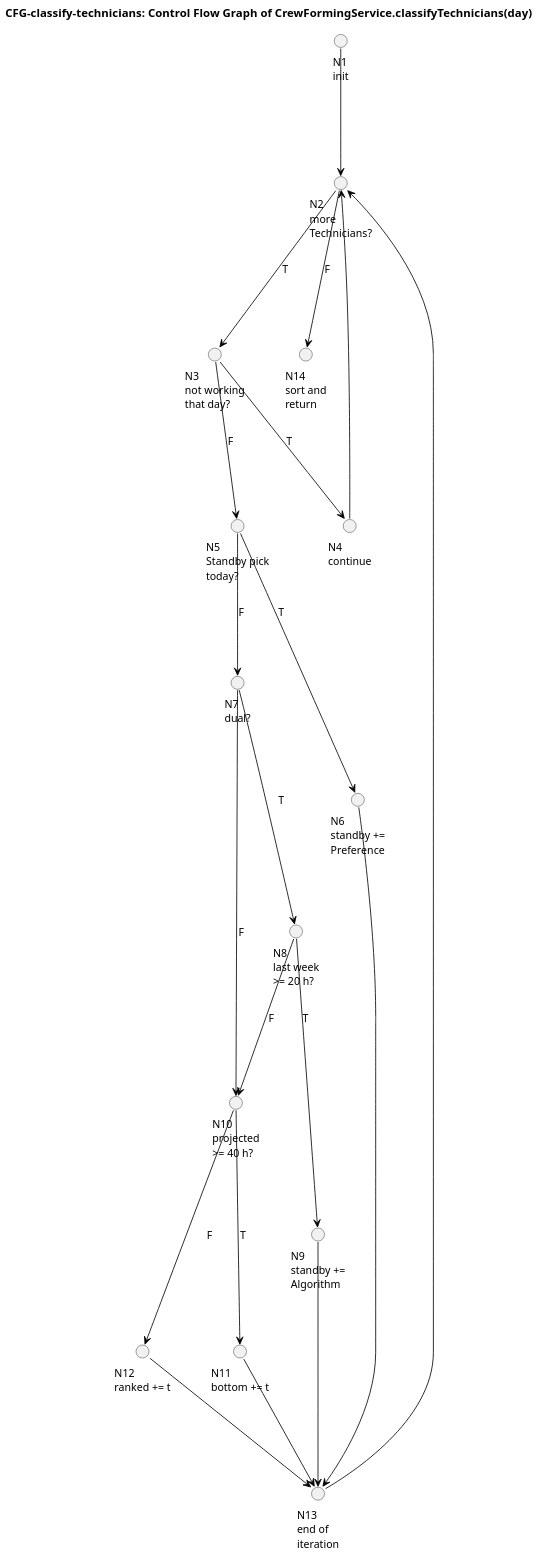
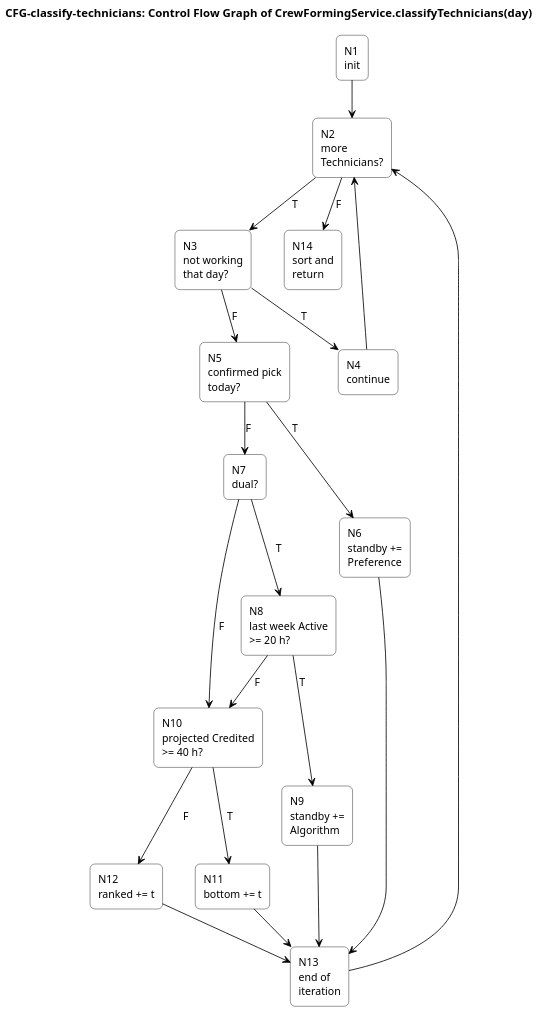
The diagram in diagrams/CFG-classify-technicians.puml (ZadeNova/inf2001-SE), drawn with PlantUML before and after one commit. The commit also changed 31 other files, not shown here.

```diff
--- a/diagrams/CFG-classify-technicians.puml
+++ b/diagrams/CFG-classify-technicians.puml
@@ -1,49 +1,52 @@
 @startuml CFG-classify-technicians
 skinparam backgroundColor white
 skinparam shadowing false
 skinparam defaultFontName Arial
 skinparam defaultFontSize 13
 skinparam dpi 150
 skinparam ArrowColor black
-skinparam circleBackgroundColor white
-skinparam circleBorderColor black
+skinparam rectangleBackgroundColor white
+skinparam rectangleBorderColor black
 title CFG-classify-technicians: Control Flow Graph of CrewFormingService.classifyTechnicians(day)
-' Traces: FR-55 steps 1-4; DEC-80; DEC-86; DEC-94. Pseudocode and basis paths: m2/testing.md §2.
+' Traces: FR-55 steps 1-4; DEC-80; DEC-86; DEC-94, DEC-96, DEC-98. Pseudocode and basis paths: m2/testing.md §2.
 ' 14 nodes, 19 edges, 6 predicate nodes (N2, N3, N5, N7, N8, N10). V(G) = 19 - 14 + 2 = 7.
 top to bottom direction
+skinparam roundcorner 12
+skinparam nodesep 40
+skinparam ranksep 45
 
-circle "N1\ninit" as N1
-circle "N2\nmore\nTechnicians?" as N2
-circle "N3\nnot working\nthat day?" as N3
-circle "N4\ncontinue" as N4
-circle "N5\nStandby pick\ntoday?" as N5
-circle "N6\nstandby +=\nPreference" as N6
-circle "N7\ndual?" as N7
-circle "N8\nlast week\n>= 20 h?" as N8
-circle "N9\nstandby +=\nAlgorithm" as N9
-circle "N10\nprojected\n>= 40 h?" as N10
-circle "N11\nbottom += t" as N11
-circle "N12\nranked += t" as N12
-circle "N13\nend of\niteration" as N13
-circle "N14\nsort and\nreturn" as N14
+rectangle "N1\ninit" as N1
+rectangle "N2\nmore\nTechnicians?" as N2
+rectangle "N3\nnot working\nthat day?" as N3
+rectangle "N4\ncontinue" as N4
+rectangle "N5\nconfirmed pick\ntoday?" as N5
+rectangle "N6\nstandby +=\nPreference" as N6
+rectangle "N7\ndual?" as N7
+rectangle "N8\nlast week Active\n>= 20 h?" as N8
+rectangle "N9\nstandby +=\nAlgorithm" as N9
+rectangle "N10\nprojected Credited\n>= 40 h?" as N10
+rectangle "N11\nbottom += t" as N11
+rectangle "N12\nranked += t" as N12
+rectangle "N13\nend of\niteration" as N13
+rectangle "N14\nsort and\nreturn" as N14
 
 N1 --> N2
 N2 --> N3 : T
 N2 --> N14 : F
 N3 --> N4 : T
 N3 --> N5 : F
 N4 --> N2
 N5 --> N6 : T
 N5 --> N7 : F
 N6 --> N13
 N7 --> N8 : T
 N7 --> N10 : F
 N8 --> N9 : T
 N8 --> N10 : F
 N9 --> N13
 N10 --> N11 : T
 N10 --> N12 : F
 N11 --> N13
 N12 --> N13
 N13 --> N2
 @enduml
```
